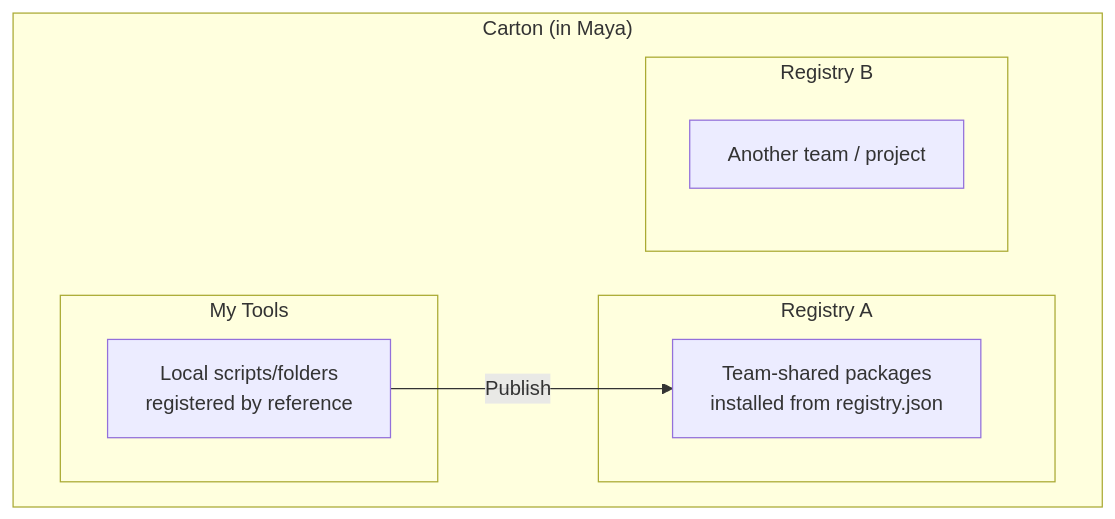
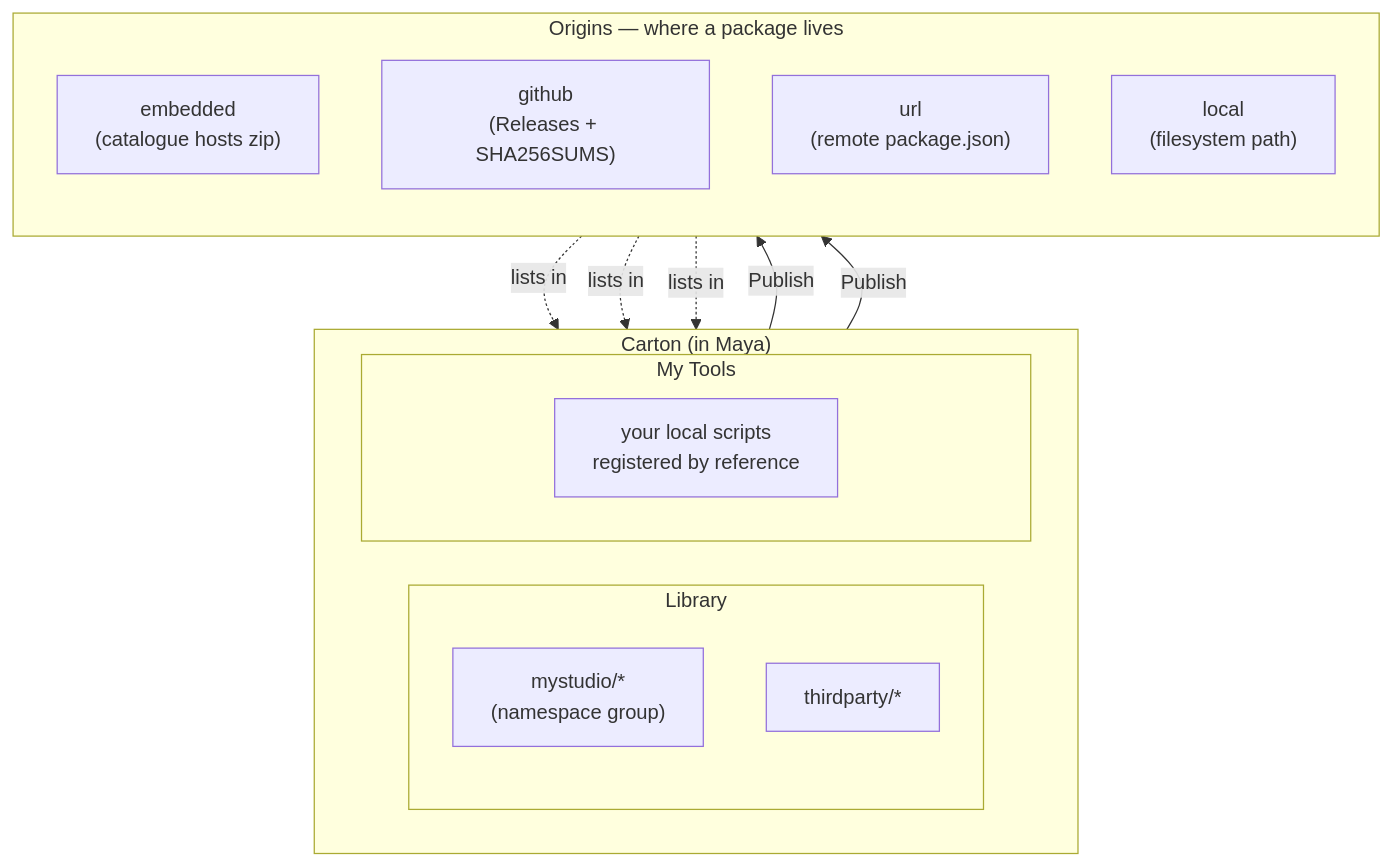
The second of 2 diagrams in README.md (cignoir/carton), drawn with Mermaid before and after one commit. The commit also changed other lines of this file, not shown here.

First line of the commit message:
docs(readme): rewrite README.md for v5.0 Package-first model

````diff
--- a/README.md
+++ b/README.md
@@ -33,15 +43,26 @@
 ```mermaid
 flowchart TB
     subgraph Carton["Carton (in Maya)"]
+        direction LR
+        subgraph LIB["Library"]
+            direction TB
+            NS1["mystudio/*<br>(namespace group)"]
+            NS2["thirdparty/*"]
+        end
         subgraph MT["My Tools"]
-            L["Local scripts/folders\nregistered by reference"]
+            L["your local scripts<br>registered by reference"]
         end
-        subgraph RA["Registry A"]
-            PA["Team-shared packages\ninstalled from registry.json"]
-        end
-        subgraph RB["Registry B"]
-            PB["Another team / project"]
-        end
-        L -- Publish --> PA
     end
+    subgraph ORG["Origins — where a package lives"]
+        direction TB
+        E["embedded<br>(catalogue hosts zip)"]
+        GH["github<br>(Releases + SHA256SUMS)"]
+        UR["url<br>(remote package.json)"]
+        LO["local<br>(filesystem path)"]
+    end
+    E -.lists in.-> NS1
+    GH -.lists in.-> NS1
+    UR -.lists in.-> NS2
+    L -- Publish --> E
+    L -- Publish --> GH
 ```
````
